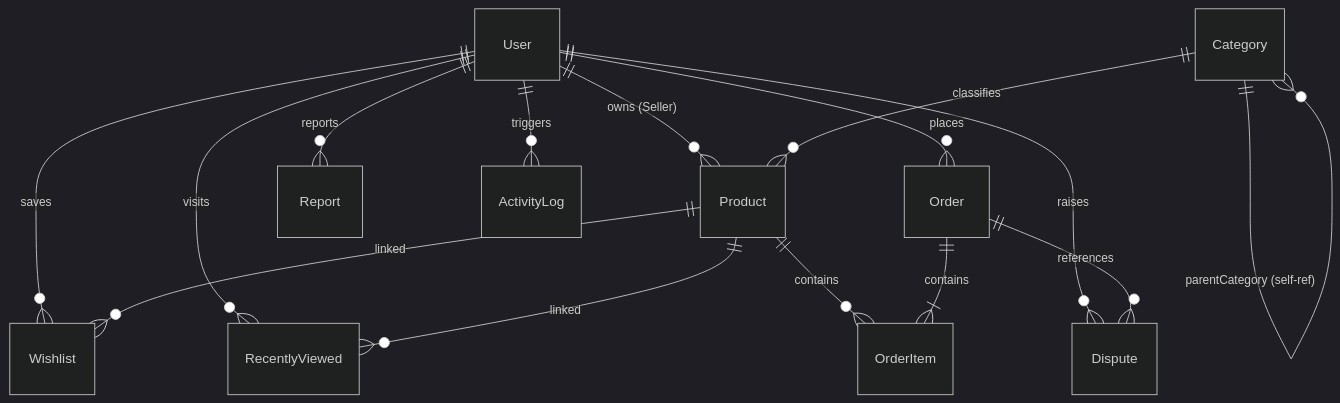
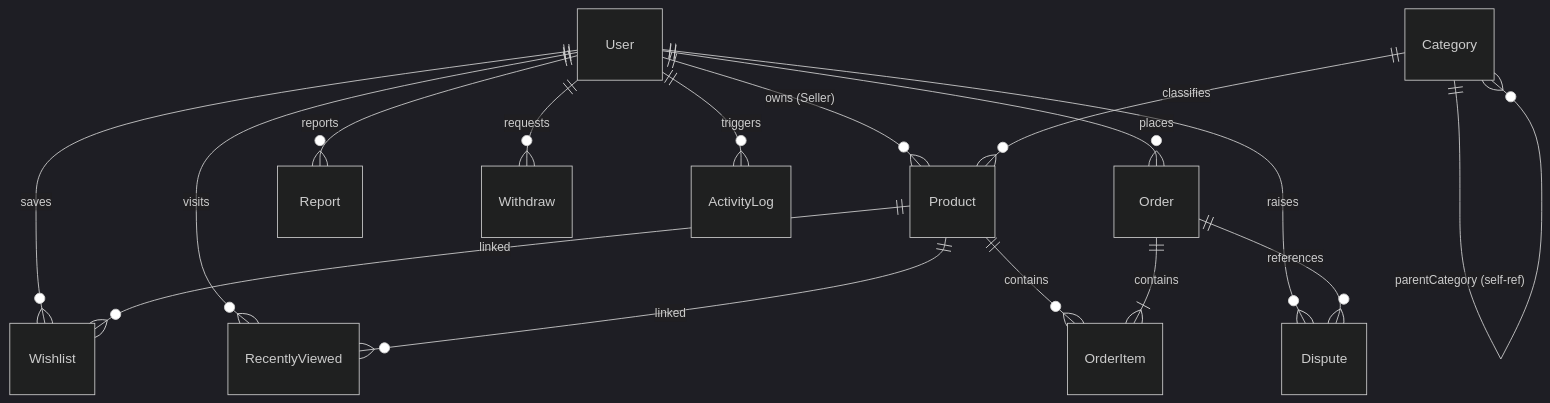
Before and after one commit to apponislam/OpenMarketly-backend: the diagram in README.md, drawn with Mermaid (dark theme). The commit also changed other lines of this file, not shown here.

Commit message:
implement seller withdrawal system and update documentation with schema and API details

````diff
--- a/README.md
+++ b/README.md
@@ -70,20 +71,21 @@
 ```mermaid
 erDiagram
     User ||--o{ Product : "owns (Seller)"
     User ||--o{ Order : "places"
     User ||--o{ Wishlist : "saves"
     User ||--o{ RecentlyViewed : "visits"
     User ||--o{ Dispute : "raises"
     User ||--o{ Report : "reports"
+    User ||--o{ Withdraw : "requests"
     User ||--o{ ActivityLog : "triggers"
     
     Category ||--o{ Category : "parentCategory (self-ref)"
     Category ||--o{ Product : "classifies"
     
     Product ||--o{ Wishlist : "linked"
     Product ||--o{ RecentlyViewed : "linked"
     Product ||--o{ OrderItem : "contains"
     
     Order ||--|{ OrderItem : "contains"
     Order ||--o{ Dispute : "references"
 ```
````
